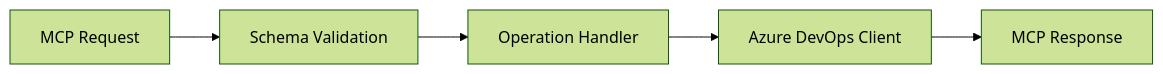
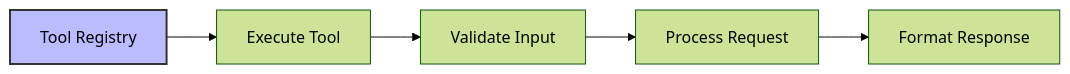
The fourth of 7 diagrams in memory-bank/systemPatterns.md (violetVo/ado-mcp), drawn with Mermaid (forest theme) before and after one commit. The commit also changed other lines of this file and 5 other files, not shown here.

Commit message:
Update project brief and progress tracking documentation for Azure DevOps MCP Server, enhancing clarity on functionality, current status, and future plans.

````diff
--- a/memory-bank/systemPatterns.md
+++ b/memory-bank/systemPatterns.md
@@ -47,7 +55,9 @@
 ```mermaid
 flowchart LR
-    Request[MCP Request] --> Validation[Schema Validation]
-    Validation --> Operation[Operation Handler]
-    Operation --> APIClient[Azure DevOps Client]
-    APIClient --> Response[MCP Response]
+    Registry[Tool Registry] --> Execute[Execute Tool]
+    Execute --> Validate[Validate Input]
+    Validate --> Process[Process Request]
+    Process --> Response[Format Response]
+    
+    style Registry fill:#bbf,stroke:#333,stroke-width:2px
 ```
````
